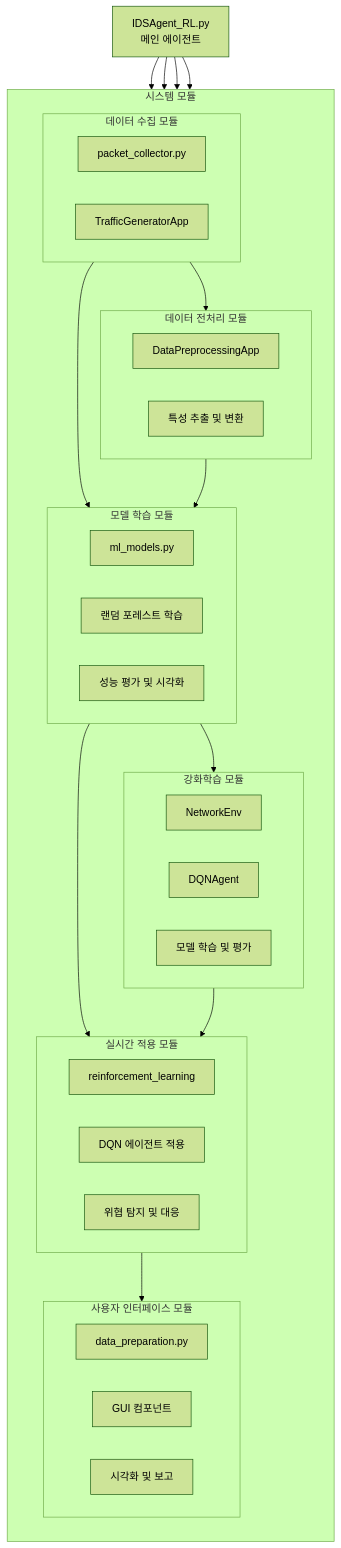
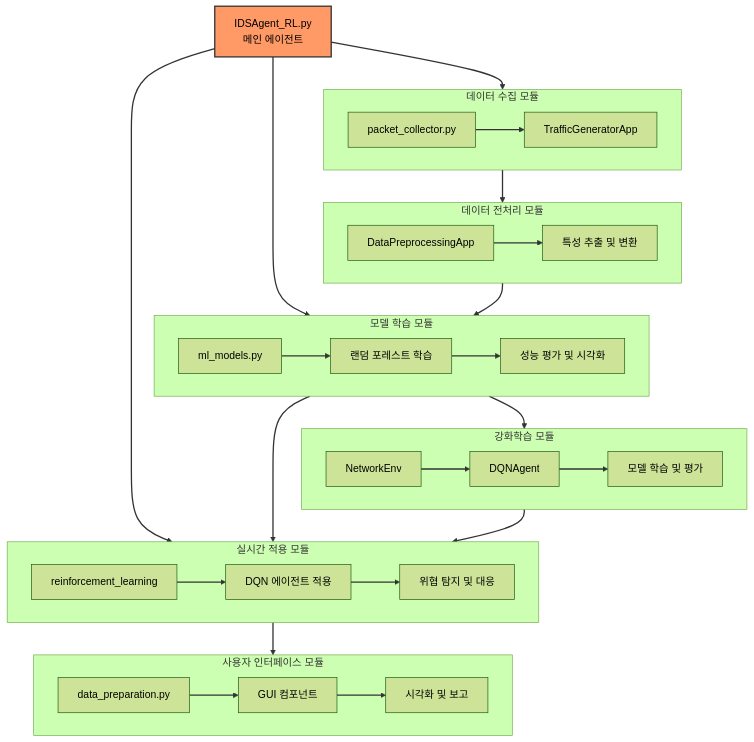
One commit to Es5724/Intrusion_DetectionSystem_AIagent changed the fourth of 4 diagrams in README.md. Above: the diagram before and after it, drawn with Mermaid (forest theme). The commit also changed other lines of this file, not shown here.

````diff
--- a/README.md
+++ b/README.md
@@ -322,54 +368,53 @@
 ```mermaid
-flowchart TD
-    main[IDSAgent_RL.py\n메인 에이전트] --> modules
-
-    subgraph modules[시스템 모듈]
-        direction TB
-        data[데이터 수집 모듈] --> preprocess[데이터 전처리 모듈]
-        model[모델 학습 모듈] --> rl[강화학습 모듈]
-        realtime[실시간 적용 모듈] --> ui[사용자 인터페이스 모듈]
-    end
-
+flowchart TB
+    main[IDSAgent_RL.py\n메인 에이전트]
+    
     main --> data
     main --> model
     main --> realtime
-
+    
+    %% 모듈 배치
     subgraph data[데이터 수집 모듈]
-        collector[packet_collector.py]
-        generator[TrafficGeneratorApp]
+        direction LR
+        collector[packet_collector.py] --> generator[TrafficGeneratorApp]
     end
-
+    
     subgraph preprocess[데이터 전처리 모듈]
-        preprocessing[DataPreprocessingApp]
-        features[특성 추출 및 변환]
+        direction LR
+        preprocessing[DataPreprocessingApp] --> features[특성 추출 및 변환]
     end
-
+    
     subgraph model[모델 학습 모듈]
-        ml[ml_models.py]
-        rf[랜덤 포레스트 학습]
-        eval[성능 평가 및 시각화]
+        direction LR
+        ml[ml_models.py] --> rf[랜덤 포레스트 학습] --> eval[성능 평가 및 시각화]
     end
-
+    
     subgraph rl[강화학습 모듈]
-        env[NetworkEnv]
-        agent[DQNAgent]
-        train[모델 학습 및 평가]
+        direction LR
+        env[NetworkEnv] --> agent[DQNAgent] --> train[모델 학습 및 평가]
     end
-
+    
     subgraph realtime[실시간 적용 모듈]
-        reinforce[reinforcement_learning]
-        dqn[DQN 에이전트 적용]
-        detect[위협 탐지 및 대응]
+        direction LR
+        reinforce[reinforcement_learning] --> dqn[DQN 에이전트 적용] --> detect[위협 탐지 및 대응]
     end
-
+    
     subgraph ui[사용자 인터페이스 모듈]
-        prep[data_preparation.py]
-        components[GUI 컴포넌트]
-        visual[시각화 및 보고]
+        direction LR
+        prep[data_preparation.py] --> components[GUI 컴포넌트] --> visual[시각화 및 보고]
     end
-
-    data --> model
+    
+    %% 모듈 간 연결
+    data --> preprocess
     preprocess --> model
     model --> realtime
+    model --> rl
     rl --> realtime
+    realtime --> ui
+    
+    %% 스타일 정의
+    classDef moduleHeader fill:#f96,stroke:#333,stroke-width:2px;
+    class main moduleHeader
+    
+    linkStyle default stroke:#333,stroke-width:2px;
 ```
````
